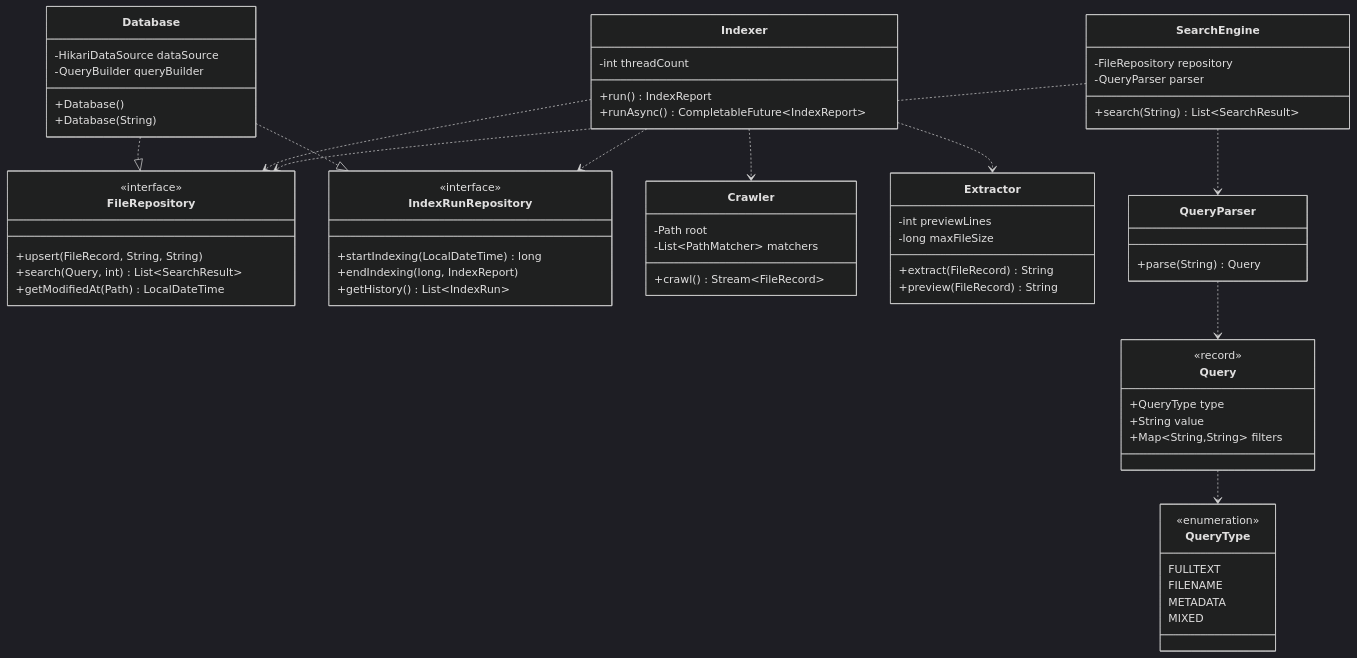
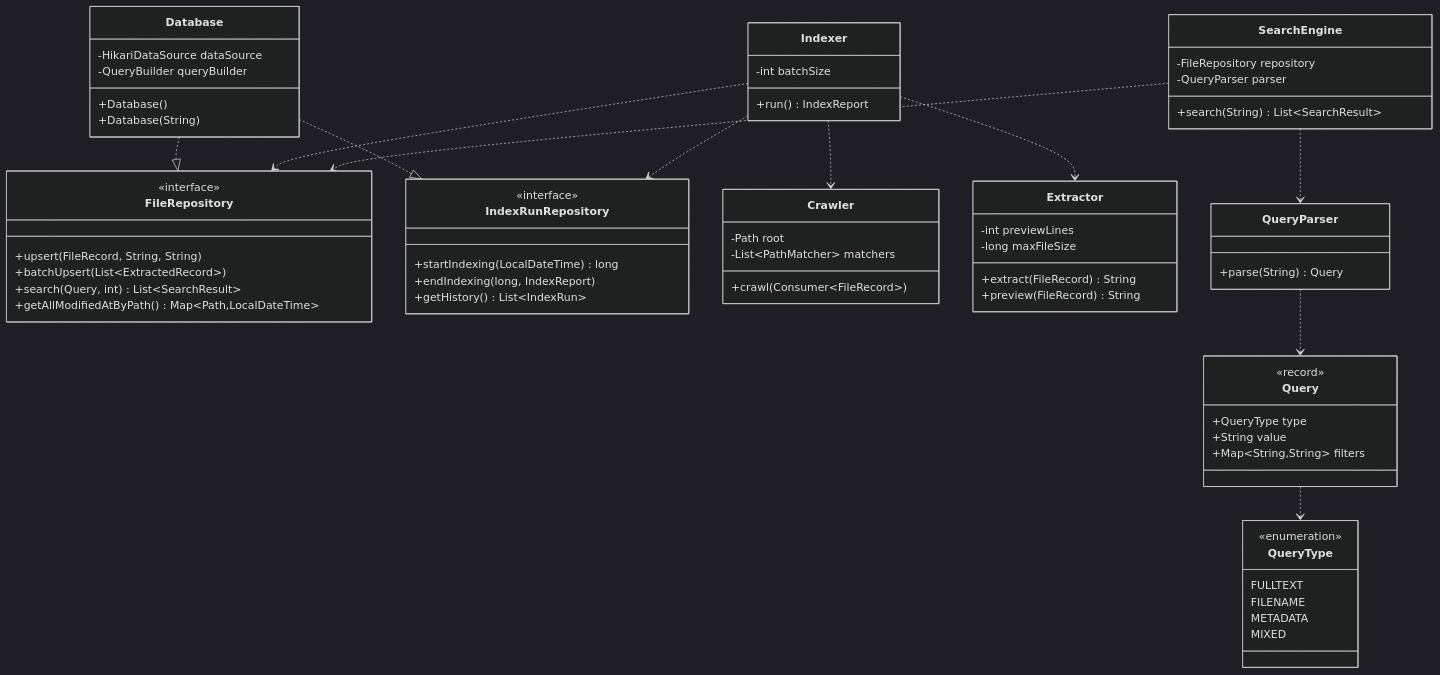
The fourth of 4 diagrams in ARCHITECTURE.md (ralu2004/Local-File-Search-System), drawn with Mermaid (dark theme) before and after one commit. The commit also changed other lines of this file, not shown here.

Commit message:
docs(architecture): update component and class view to current crawler/indexer design

````diff
--- a/ARCHITECTURE.md
+++ b/ARCHITECTURE.md
@@ -103,78 +103,78 @@
 ```mermaid
 classDiagram
     class FileRepository {
         <<interface>>
         +upsert(FileRecord, String, String)
+        +batchUpsert(List~ExtractedRecord~)
         +search(Query, int) List~SearchResult~
-        +getModifiedAt(Path) LocalDateTime
+        +getAllModifiedAtByPath() Map~Path,LocalDateTime~
     }
 
     class IndexRunRepository {
         <<interface>>
         +startIndexing(LocalDateTime) long
         +endIndexing(long, IndexReport)
         +getHistory() List~IndexRun~
     }
 
     class Database {
         -HikariDataSource dataSource
         -QueryBuilder queryBuilder
         +Database()
         +Database(String)
     }
 
     class Crawler {
         -Path root
         -List~PathMatcher~ matchers
-        +crawl() Stream~FileRecord~
+        +crawl(Consumer~FileRecord~)
     }
 
     class Extractor {
         -int previewLines
         -long maxFileSize
         +extract(FileRecord) String
         +preview(FileRecord) String
     }
 
     class Indexer {
-        -int threadCount
+        -int batchSize
         +run() IndexReport
-        +runAsync() CompletableFuture~IndexReport~
     }
 
     class SearchEngine {
         -FileRepository repository
         -QueryParser parser
         +search(String) List~SearchResult~
     }
 
     class QueryParser {
         +parse(String) Query
     }
 
     class Query {
         <<record>>
         +QueryType type
         +String value
         +Map~String,String~ filters
     }
 
     class QueryType {
         <<enumeration>>
         FULLTEXT
         FILENAME
         METADATA
         MIXED
     }
 
     Database ..|> FileRepository
     Database ..|> IndexRunRepository
     Indexer ..> FileRepository
     Indexer ..> IndexRunRepository
     Indexer ..> Crawler
     Indexer ..> Extractor
     SearchEngine ..> FileRepository
     SearchEngine ..> QueryParser
     QueryParser ..> Query
     Query ..> QueryType
 ```
````
